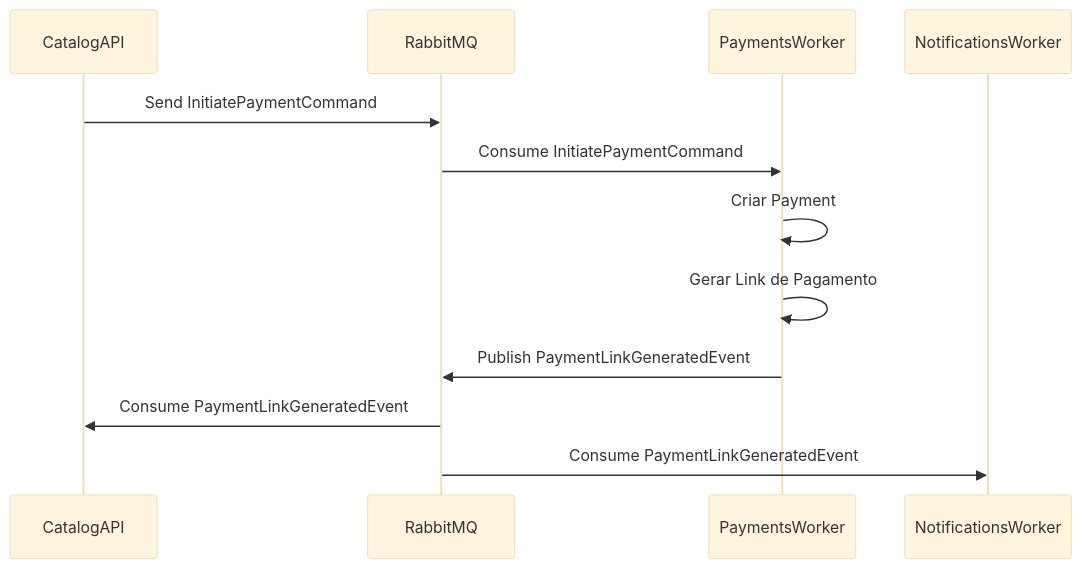
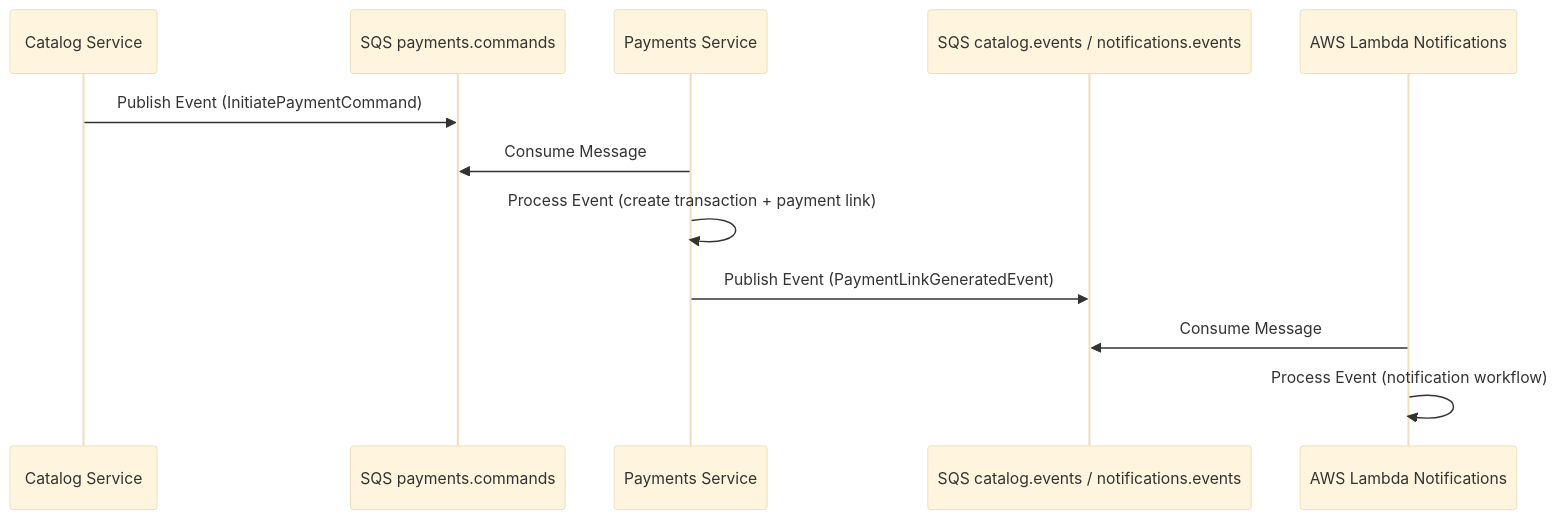
The second of 5 diagrams in README.md (louresb/cloud-games-fase-3-payments), drawn with Mermaid (base theme) before and after one commit. The commit also changed other lines of this file, not shown here.

````diff
--- a/README.md
+++ b/README.md
@@ -55,15 +56,15 @@
 ```mermaid
 sequenceDiagram
-    participant CatalogAPI
-    participant RabbitMQ
-    participant PaymentsWorker
-    participant NotificationsWorker
+    participant Catalog as Catalog Service
+    participant SQSCommands as SQS payments.commands
+    participant Payments as Payments Service
+    participant SQSEvents as SQS catalog.events / notifications.events
+    participant Lambda as AWS Lambda Notifications
 
-    CatalogAPI->>RabbitMQ: Send InitiatePaymentCommand
-    RabbitMQ->>PaymentsWorker:  Consume InitiatePaymentCommand
-    PaymentsWorker->>PaymentsWorker:  Criar Payment
-    PaymentsWorker->>PaymentsWorker: Gerar Link de Pagamento
-    PaymentsWorker->>RabbitMQ: Publish PaymentLinkGeneratedEvent
-    RabbitMQ->>CatalogAPI: Consume PaymentLinkGeneratedEvent
-    RabbitMQ->>NotificationsWorker: Consume PaymentLinkGeneratedEvent
+    Catalog->>SQSCommands: Publish Event (InitiatePaymentCommand)
+    Payments->>SQSCommands: Consume Message
+    Payments->>Payments: Process Event (create transaction + payment link)
+    Payments->>SQSEvents: Publish Event (PaymentLinkGeneratedEvent)
+    Lambda->>SQSEvents: Consume Message
+    Lambda->>Lambda: Process Event (notification workflow)
 ```
````
